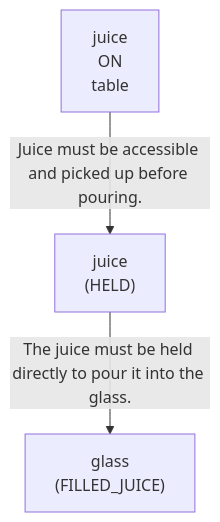
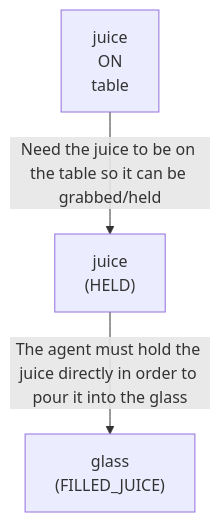
One commit to scuama/virtualhome changed the first of 4 diagrams in evaluation/results/table1/_raw/robostate/run_T1_DYN_M1_02_high.md. Above: the diagram before and after it, drawn with Mermaid. The commit also changed other lines of this file and 96 other files, not shown here.

````diff
--- a/evaluation/results/table1/_raw/robostate/run_T1_DYN_M1_02_high.md
+++ b/evaluation/results/table1/_raw/robostate/run_T1_DYN_M1_02_high.md
@@ -72,8 +72,8 @@
 ```mermaid
 graph TD
-    N1["juice<br>(HELD)"]
-    N2["juice<br>ON<br>table"]
+    N1["juice<br>ON<br>table"]
+    N2["juice<br>(HELD)"]
     N3["glass<br>(FILLED_JUICE)"]
-    N2 -->|"Juice must be accessible and picked up before pouring."| N1
-    N1 -->|"The juice must be held directly to pour it into the glass."| N3
+    N1 -->|"Need the juice to be on the table so it can be grabbed/held"| N2
+    N2 -->|"The agent must hold the juice directly in order to pour it into the glass"| N3
 ```
````
